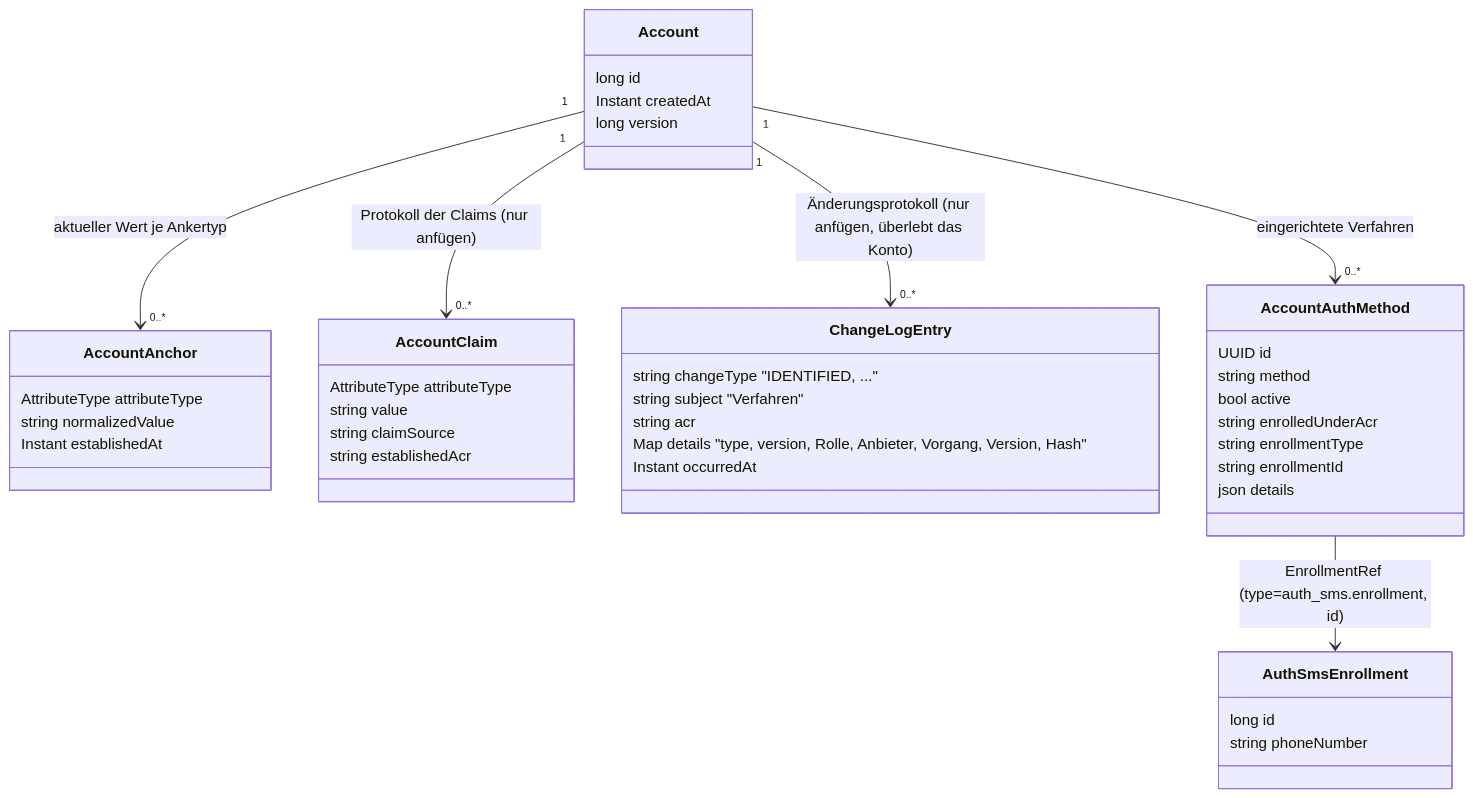
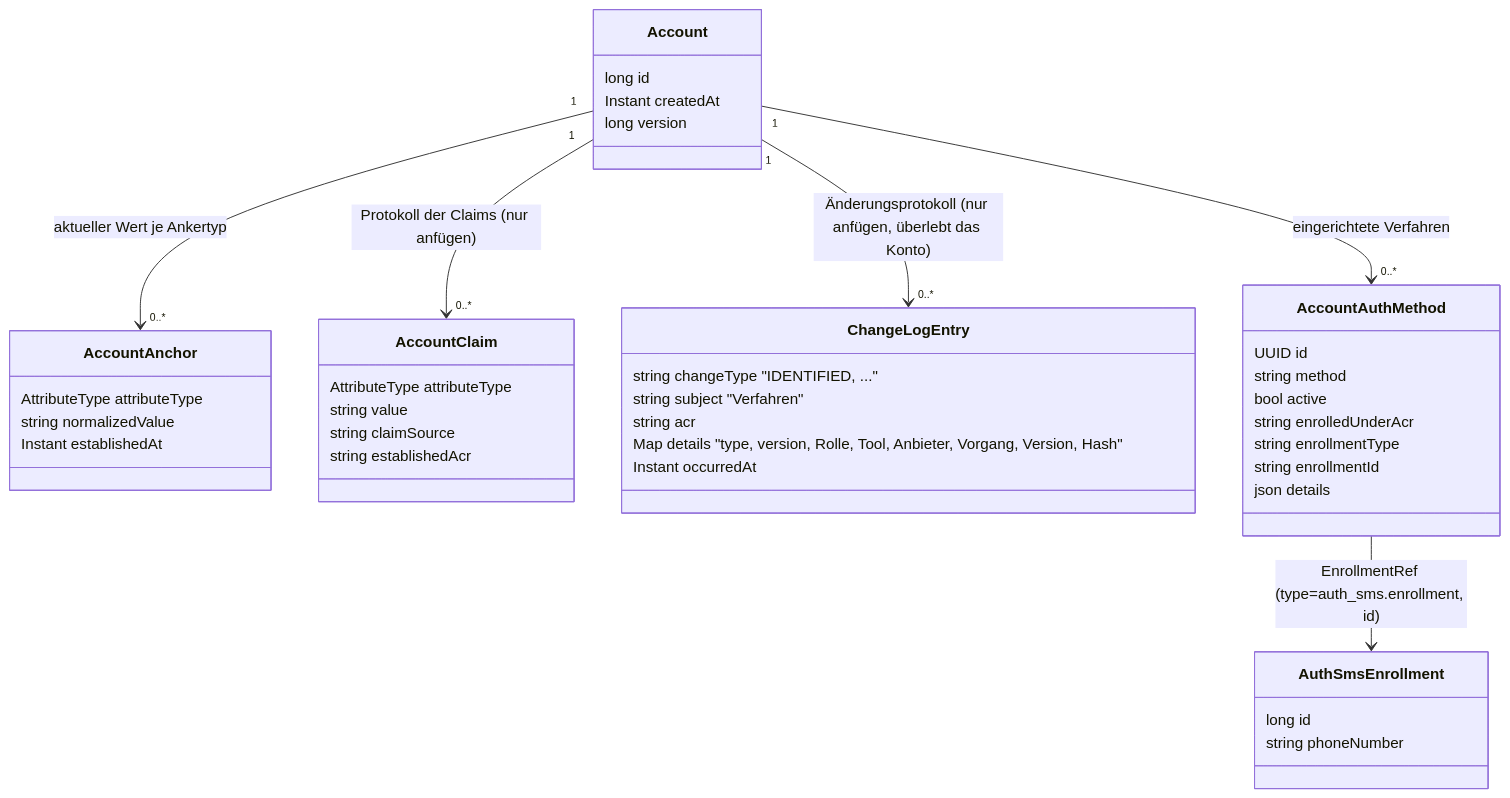
The diagram in docs/06-ablaeufe.md (rpreissel/identity-demo), drawn with Mermaid before and after one commit. The commit also changed other lines of this file and 20 other files, not shown here.

````diff
--- a/docs/06-ablaeufe.md
+++ b/docs/06-ablaeufe.md
@@ -23,45 +23,45 @@
 ```mermaid
 classDiagram
   class Account {
     long id
     Instant createdAt
     long version
   }
   class AccountAnchor {
     AttributeType attributeType
     string normalizedValue
     Instant establishedAt
   }
   class AccountClaim {
     AttributeType attributeType
     string value
     string claimSource
     string establishedAcr
   }
   class ChangeLogEntry {
     string changeType "IDENTIFIED, ..."
     string subject "Verfahren"
     string acr
-    Map details "type, version, Rolle, Anbieter, Vorgang, Version, Hash"
+    Map details "type, version, Rolle, Tool, Anbieter, Vorgang, Version, Hash"
     Instant occurredAt
   }
   class AccountAuthMethod {
     UUID id
     string method
     bool active
     string enrolledUnderAcr
     string enrollmentType
     string enrollmentId
     json details
   }
   class AuthSmsEnrollment {
     long id
     string phoneNumber
   }
 
   Account "1" --> "0..*" AccountAnchor : aktueller Wert je Ankertyp
   Account "1" --> "0..*" AccountClaim : Protokoll der Claims (nur anfügen)
   Account "1" --> "0..*" ChangeLogEntry : Änderungsprotokoll (nur anfügen, überlebt das Konto)
   Account "1" --> "0..*" AccountAuthMethod : eingerichtete Verfahren
   AccountAuthMethod --> AuthSmsEnrollment : EnrollmentRef (type=auth_sms.enrollment, id)
 ```
````
